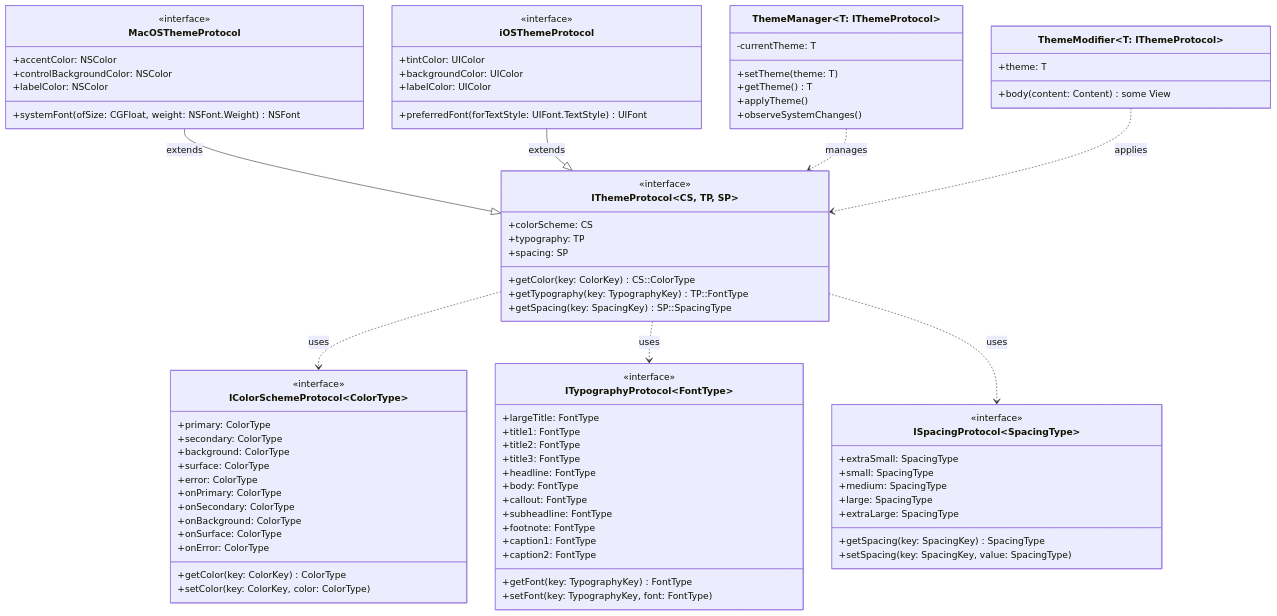
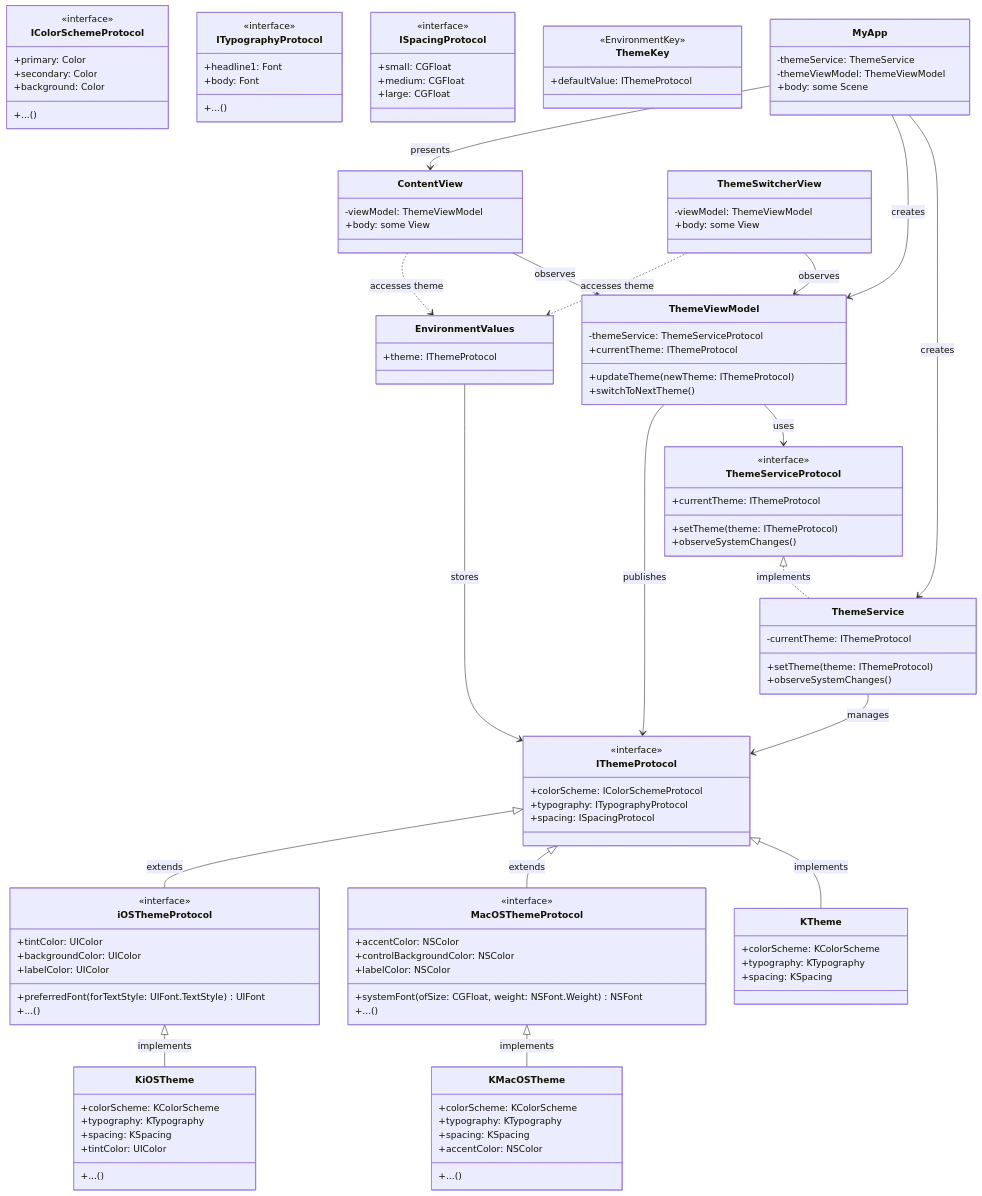
One commit to hurbes/swift-theme-manager changed the diagram in README.md. Above: the diagram before and after it, drawn with Mermaid. The commit also changed other lines of this file, not shown here.

````diff
--- a/README.md
+++ b/README.md
@@ -24,57 +24,32 @@
 ```mermaid
 classDiagram
-    class IThemeProtocol~CS, TP, SP~ {
+    class IThemeProtocol {
         <<interface>>
-        +colorScheme: CS
-        +typography: TP
-        +spacing: SP
-        +getColor(key: ColorKey) CS::ColorType
-        +getTypography(key: TypographyKey) TP::FontType
-        +getSpacing(key: SpacingKey) SP::SpacingType
+        +colorScheme: IColorSchemeProtocol
+        +typography: ITypographyProtocol
+        +spacing: ISpacingProtocol
     }
     
-    class IColorSchemeProtocol~ColorType~ {
+    class IColorSchemeProtocol {
         <<interface>>
-        +primary: ColorType
-        +secondary: ColorType
-        +background: ColorType
-        +surface: ColorType
-        +error: ColorType
-        +onPrimary: ColorType
-        +onSecondary: ColorType
-        +onBackground: ColorType
-        +onSurface: ColorType
-        +onError: ColorType
-        +getColor(key: ColorKey) ColorType
-        +setColor(key: ColorKey, color: ColorType)
+        +primary: Color
+        +secondary: Color
+        +background: Color
+        +...()
     }
     
-    class ITypographyProtocol~FontType~ {
+    class ITypographyProtocol {
         <<interface>>
-        +largeTitle: FontType
-        +title1: FontType
-        +title2: FontType
-        +title3: FontType
-        +headline: FontType
-        +body: FontType
-        +callout: FontType
-        +subheadline: FontType
-        +footnote: FontType
-        +caption1: FontType
-        +caption2: FontType
-        +getFont(key: TypographyKey) FontType
-        +setFont(key: TypographyKey, font: FontType)
+        +headline1: Font
+        +body: Font
+        +...()
     }
     
-    class ISpacingProtocol~SpacingType~ {
+    class ISpacingProtocol {
         <<interface>>
-        +extraSmall: SpacingType
-        +small: SpacingType
-        +medium: SpacingType
-        +large: SpacingType
-        +extraLarge: SpacingType
-        +getSpacing(key: SpacingKey) SpacingType
-        +setSpacing(key: SpacingKey, value: SpacingType)
+        +small: CGFloat
+        +medium: CGFloat
+        +large: CGFloat
     }
     
     class MacOSThemeProtocol {
@@ -83,6 +58,7 @@
         +controlBackgroundColor: NSColor
         +labelColor: NSColor
         +systemFont(ofSize: CGFloat, weight: NSFont.Weight) NSFont
+        +...()
     }
     
     class iOSThemeProtocol {
@@ -91,26 +67,97 @@
         +backgroundColor: UIColor
         +labelColor: UIColor
         +preferredFont(forTextStyle: UIFont.TextStyle) UIFont
+        +...()
     }
     
-    class ThemeManager~T: IThemeProtocol~ {
-        -currentTheme: T
-        +setTheme(theme: T)
-        +getTheme() T
-        +applyTheme()
+    class KTheme {
+        +colorScheme: KColorScheme
+        +typography: KTypography
+        +spacing: KSpacing
+    }
+    
+    class KMacOSTheme {
+        +colorScheme: KColorScheme
+        +typography: KTypography
+        +spacing: KSpacing
+        +accentColor: NSColor
+        +...()
+    }
+    
+    class KiOSTheme {
+        +colorScheme: KColorScheme
+        +typography: KTypography
+        +spacing: KSpacing
+        +tintColor: UIColor
+        +...()
+    }
+    
+    class ThemeServiceProtocol {
+        <<interface>>
+        +currentTheme: IThemeProtocol
+        +setTheme(theme: IThemeProtocol)
         +observeSystemChanges()
     }
     
-    class ThemeModifier~T: IThemeProtocol~ {
-        +theme: T
-        +body(content: Content) some View
+    class ThemeService {
+        -currentTheme: IThemeProtocol
+        +setTheme(theme: IThemeProtocol)
+        +observeSystemChanges()
     }
     
-    IThemeProtocol ..> IColorSchemeProtocol : uses
-    IThemeProtocol ..> ITypographyProtocol : uses
-    IThemeProtocol ..> ISpacingProtocol : uses
-    MacOSThemeProtocol --|> IThemeProtocol : extends
-    iOSThemeProtocol --|> IThemeProtocol : extends
-    ThemeManager ..> IThemeProtocol : manages
-    ThemeModifier ..> IThemeProtocol : applies
+    class ThemeViewModel {
+        -themeService: ThemeServiceProtocol
+        +currentTheme: IThemeProtocol
+        +updateTheme(newTheme: IThemeProtocol)
+        +switchToNextTheme()
+    }
+    
+    class ContentView {
+        -viewModel: ThemeViewModel
+        +body: some View
+    }
+    
+    class ThemeSwitcherView {
+        -viewModel: ThemeViewModel
+        +body: some View
+    }
+    
+    class ThemeKey {
+        <<EnvironmentKey>>
+        +defaultValue: IThemeProtocol
+    }
+    
+    class EnvironmentValues {
+        +theme: IThemeProtocol
+    }
+    
+    class MyApp {
+        -themeService: ThemeService
+        -themeViewModel: ThemeViewModel
+        +body: some Scene
+    }
+
+    IThemeProtocol <|-- KTheme : implements
+    IThemeProtocol <|-- MacOSThemeProtocol : extends
+    IThemeProtocol <|-- iOSThemeProtocol : extends
+    MacOSThemeProtocol <|-- KMacOSTheme : implements
+    iOSThemeProtocol <|-- KiOSTheme : implements
+    
+    ThemeServiceProtocol <|.. ThemeService : implements
+    ThemeService --> IThemeProtocol : manages
+    
+    ThemeViewModel --> ThemeServiceProtocol : uses
+    ThemeViewModel --> IThemeProtocol : publishes
+    
+    ContentView --> ThemeViewModel : observes
+    ThemeSwitcherView --> ThemeViewModel : observes
+    
+    MyApp --> ThemeService : creates
+    MyApp --> ThemeViewModel : creates
+    MyApp --> ContentView : presents
+    
+    EnvironmentValues --> IThemeProtocol : stores
+    
+    ContentView ..> EnvironmentValues : accesses theme
+    ThemeSwitcherView ..> EnvironmentValues : accesses theme
 ```
````
